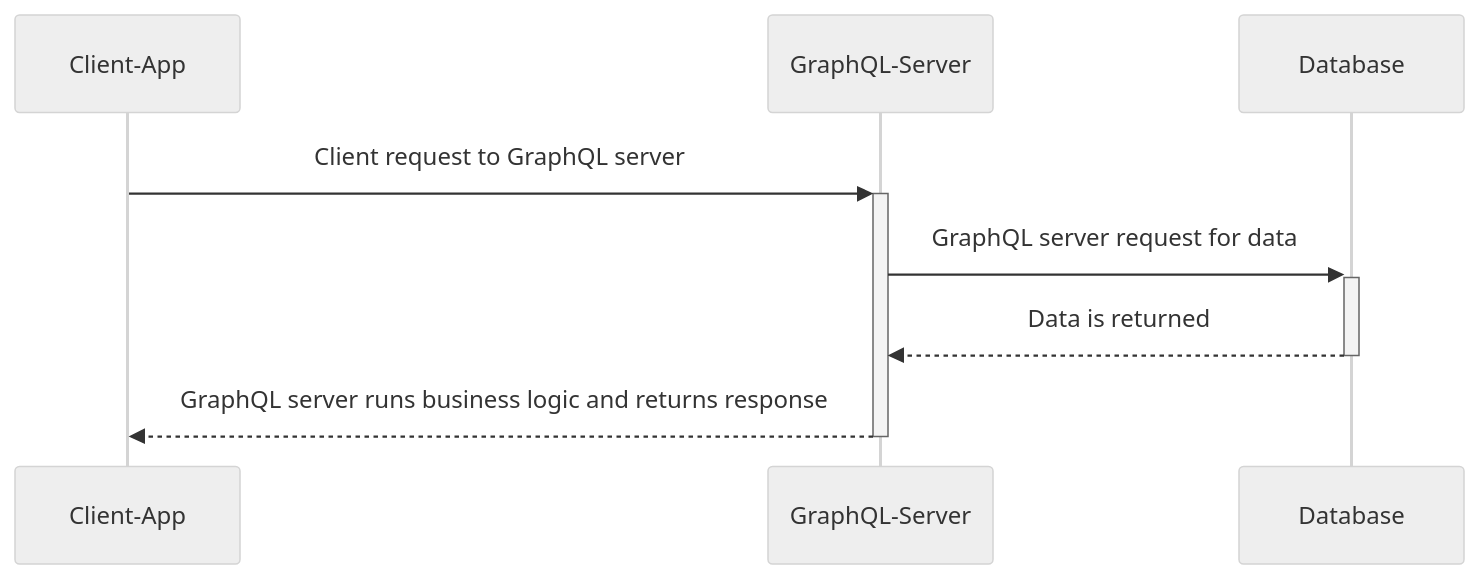
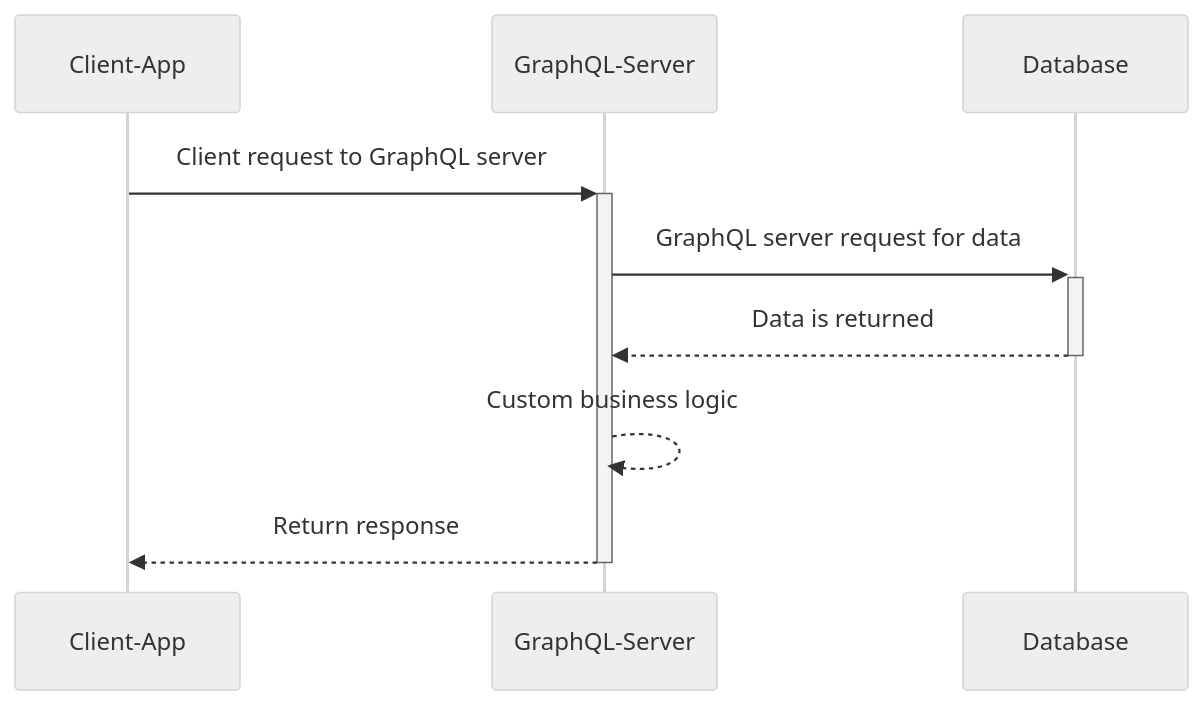
Before and after one commit to fauna/graphql-workshop: the first of 2 diagrams in content/getting-started/custom-resolvers/index.md, drawn with Mermaid (neutral theme). The commit also changed other lines of this file and 15 other files, not shown here.

```diff
--- a/content/getting-started/custom-resolvers/index.md
+++ b/content/getting-started/custom-resolvers/index.md
@@ -23,8 +25,8 @@
 {{< mermaid >}}
 sequenceDiagram
     Client-App->>+GraphQL-Server: Client request to GraphQL server
     GraphQL-Server->>+Database: GraphQL server request for data
     Database-->>-GraphQL-Server: Data is returned
-    GraphQL-Server-->>-Client-App: GraphQL server runs business logic and returns response 
-
+    GraphQL-Server-->>GraphQL-Server: Custom business logic
+    GraphQL-Server-->>-Client-App: Return response 
 {{< /mermaid >}}
```
